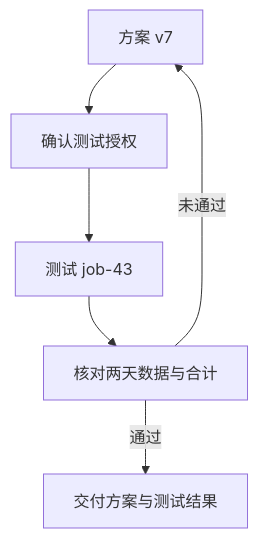
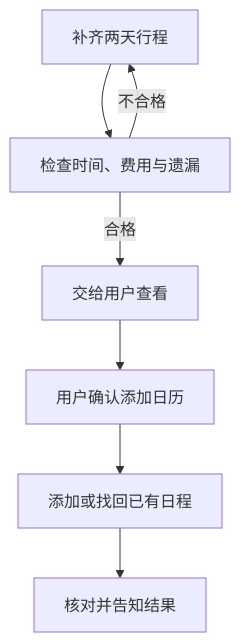
The second of 2 diagrams in book/22-evaluation-and-completion.md (Mar-garet/agent-book), drawn with Mermaid before and after one commit. The commit also changed other lines of this file and 27 other files, not shown here.

````diff
--- a/book/22-evaluation-and-completion.md
+++ b/book/22-evaluation-and-completion.md
@@ -167,9 +176,10 @@
 ```mermaid
-%% 新测试需要自己的授权、产物与验收
+%% 行程合格之后，日历操作还要单独确认
 flowchart TD
-    P[方案 v7] --> A[确认测试授权]
-    A --> J[测试 job-43]
-    J --> V[核对两天数据与合计]
-    V -->|通过| D[交付方案与测试结果]
-    V -->|未通过| P
+    P[补齐两天行程] --> V[检查时间、费用与遗漏]
+    V -->|不合格| P
+    V -->|合格| U[交给用户查看]
+    U --> A[用户确认添加日历]
+    A --> C[添加或找回已有日程]
+    C --> D[核对并告知结果]
 ```
````
